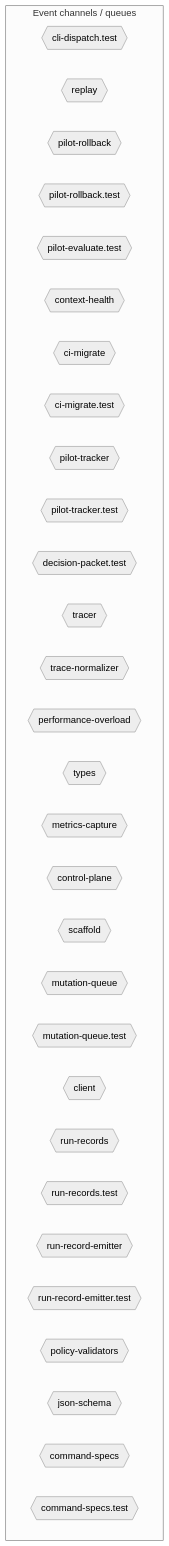
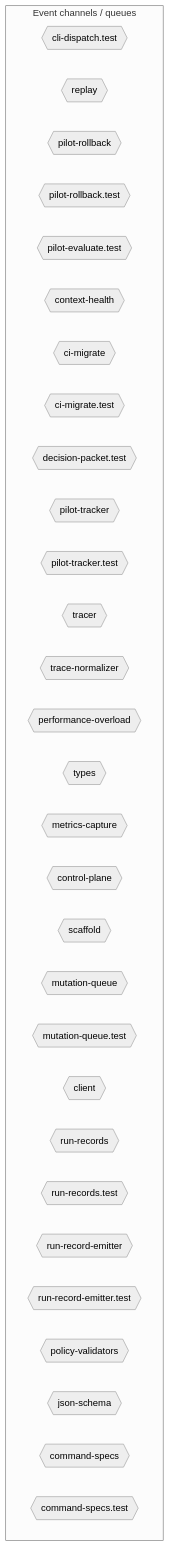
One commit to jscraik/coding-harness changed the sixth of 10 diagrams in AI/context/diagram-context.md. Above: the diagram before and after it, drawn with Mermaid (neutral theme). The commit also changed other lines of this file, not shown here.

First line of the commit message:
chore(diagrams): refresh context artifact

````diff
--- a/AI/context/diagram-context.md
+++ b/AI/context/diagram-context.md
@@ -1883,36 +1889,36 @@
 ```mermaid
 flowchart TD
   subgraph Channels["Event channels / queues"]
     cli_dispatch_test_54c9f17b{{"cli-dispatch.test"}}
     replay_ac203c98{{"replay"}}
     pilot_rollback_00c1f82c{{"pilot-rollback"}}
     pilot_rollback_test_e61d5a2b{{"pilot-rollback.test"}}
     pilot_evaluate_test_a2ac06fc{{"pilot-evaluate.test"}}
     context_health_80bb7da9{{"context-health"}}
     ci_migrate_78bb70b1{{"ci-migrate"}}
     ci_migrate_test_2a015bb9{{"ci-migrate.test"}}
+    decision_packet_test_9ea0e97b{{"decision-packet.test"}}
     pilot_tracker_5c767813{{"pilot-tracker"}}
     pilot_tracker_test_80398a66{{"pilot-tracker.test"}}
-    decision_packet_test_9ea0e97b{{"decision-packet.test"}}
     tracer_1e6243a2{{"tracer"}}
     trace_normalizer_cb1be1d2{{"trace-normalizer"}}
     performance_overload_c685bfcf{{"performance-overload"}}
-    types_9_1db4641f{{"types"}}
+    types_10_75e5a4a0{{"types"}}
     metrics_capture_1d1a2c08{{"metrics-capture"}}
     control_plane_96826665{{"control-plane"}}
     scaffold_db8a7260{{"scaffold"}}
     mutation_queue_ce5a530e{{"mutation-queue"}}
     mutation_queue_test_10b599e8{{"mutation-queue.test"}}
     client_1_914e1681{{"client"}}
     run_records_f616aa7c{{"run-records"}}
     run_records_test_3ee6a0e3{{"run-records.test"}}
     run_record_emitter_00168a3a{{"run-record-emitter"}}
     run_record_emitter_test_5475c0da{{"run-record-emitter.test"}}
     policy_validators_6682e192{{"policy-validators"}}
     json_schema_74a768d7{{"json-schema"}}
     command_specs_69167c63{{"command-specs"}}
     command_specs_test_7f693e85{{"command-specs.test"}}
   end
   classDef eventNode fill:#db2777,color:#fff
 
 ```
````
